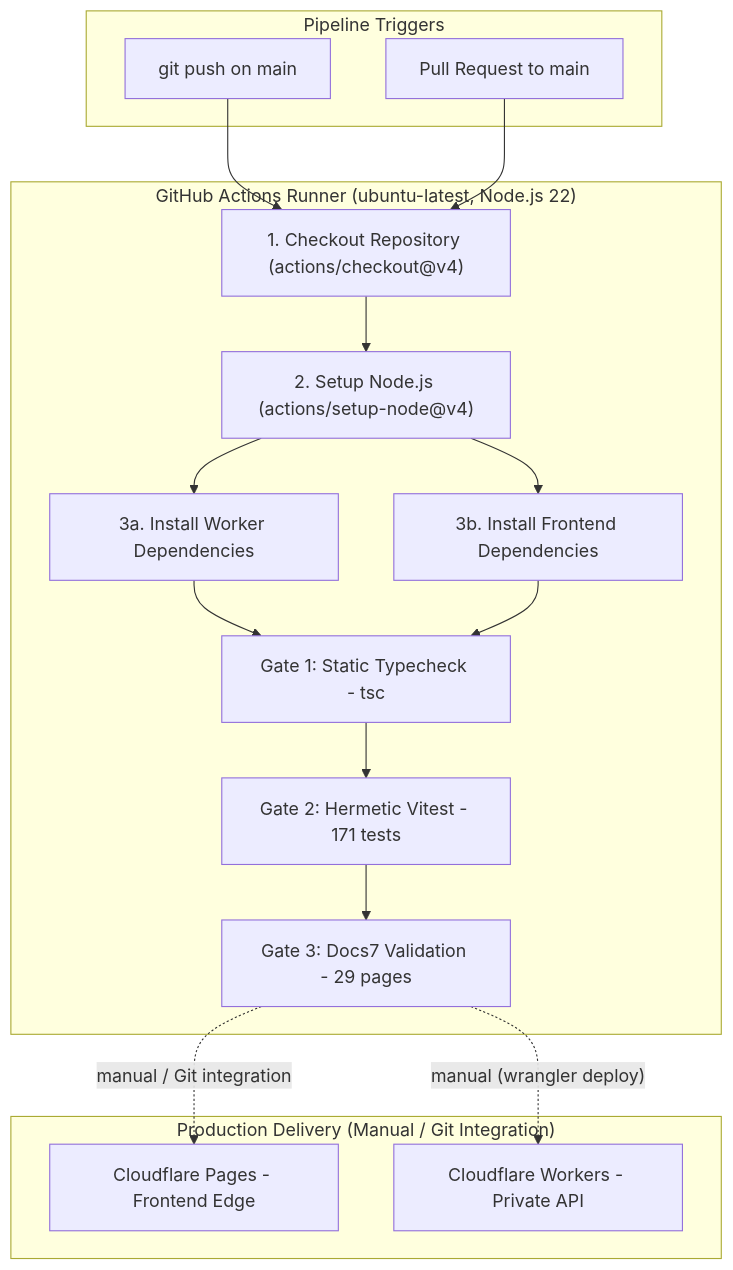
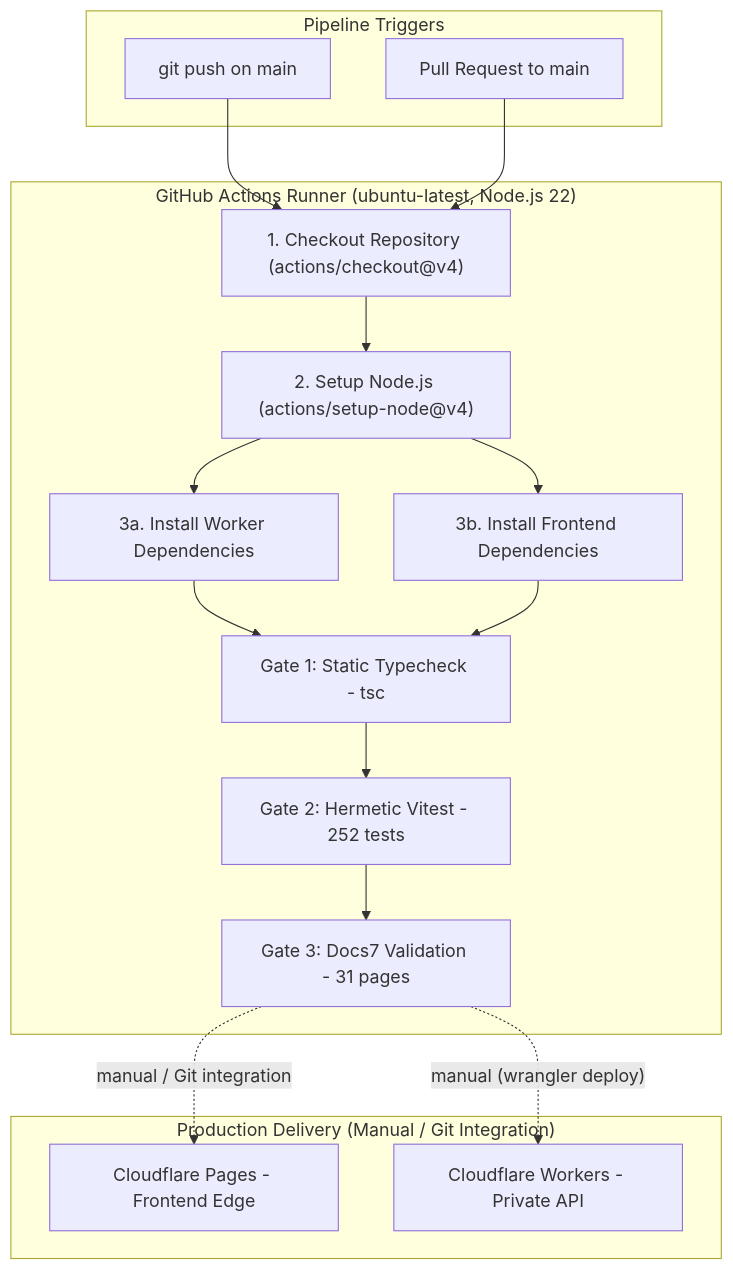
One commit to AmritSDutta/kalidass changed the diagram in docs/ci-cd.mdx. Above: the diagram before and after it, drawn with Mermaid. The commit also changed other lines of this file and 19 other files, not shown here.

````diff
--- a/docs/ci-cd.mdx
+++ b/docs/ci-cd.mdx
@@ -14,31 +14,31 @@
 ```mermaid
 flowchart TD
   subgraph Event["Pipeline Triggers"]
     PushEvent["git push on main"]
     PREvent["Pull Request to main"]
   end
   subgraph Runner["GitHub Actions Runner (ubuntu-latest, Node.js 22)"]
     Checkout["1. Checkout Repository (actions/checkout@v4)"]
     SetupNode["2. Setup Node.js (actions/setup-node@v4)"]
     InstallWorker["3a. Install Worker Dependencies"]
     InstallFrontend["3b. Install Frontend Dependencies"]
     GateTypecheck["Gate 1: Static Typecheck - tsc"]
-    GateVitest["Gate 2: Hermetic Vitest - 171 tests"]
-    GateDocs["Gate 3: Docs7 Validation - 29 pages"]
+    GateVitest["Gate 2: Hermetic Vitest - 252 tests"]
+    GateDocs["Gate 3: Docs7 Validation - 31 pages"]
   end
   subgraph Deploy["Production Delivery (Manual / Git Integration)"]
     PagesDeploy["Cloudflare Pages - Frontend Edge"]
     WorkerDeploy["Cloudflare Workers - Private API"]
   end
   PushEvent --> Checkout
   PREvent --> Checkout
   Checkout --> SetupNode
   SetupNode --> InstallWorker
   SetupNode --> InstallFrontend
   InstallWorker --> GateTypecheck
   InstallFrontend --> GateTypecheck
   GateTypecheck --> GateVitest
   GateVitest --> GateDocs
   GateDocs -.->|"manual / Git integration"| PagesDeploy
   GateDocs -.->|"manual (wrangler deploy)"| WorkerDeploy
 ```
````
